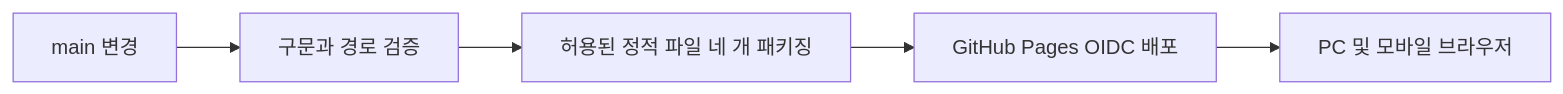
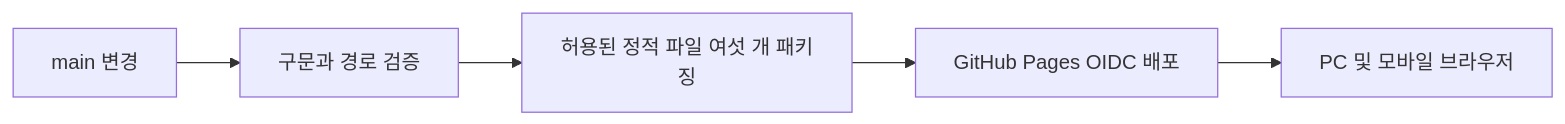
Before and after one commit to channyworks/haedong: the diagram in docs/ARCHITECTURE.md, drawn with Mermaid. The commit also changed other lines of this file and 18 other files, not shown here.

````diff
--- a/docs/ARCHITECTURE.md
+++ b/docs/ARCHITECTURE.md
@@ -7,7 +7,7 @@
 ```mermaid
 flowchart LR
   A[main 변경] --> B[구문과 경로 검증]
-  B --> C[허용된 정적 파일 네 개 패키징]
+  B --> C[허용된 정적 파일 여섯 개 패키징]
   C --> D[GitHub Pages OIDC 배포]
   D --> E[PC 및 모바일 브라우저]
 ```
````
